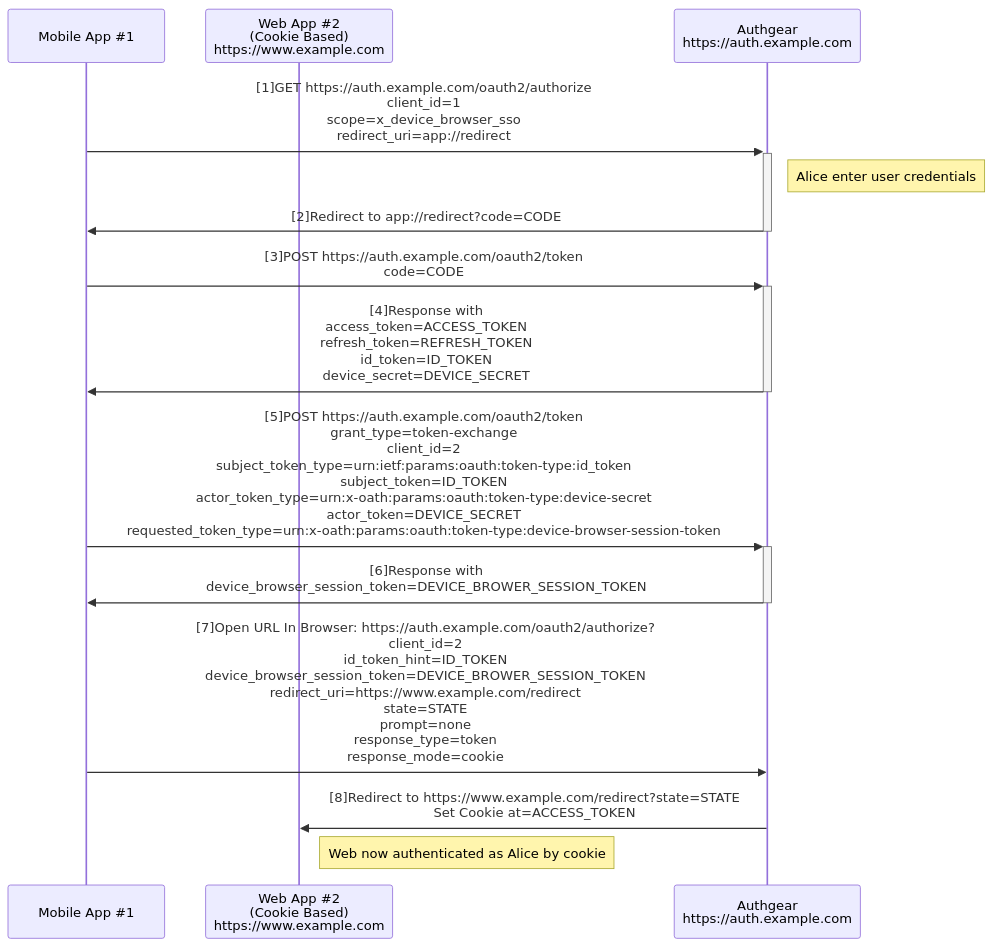
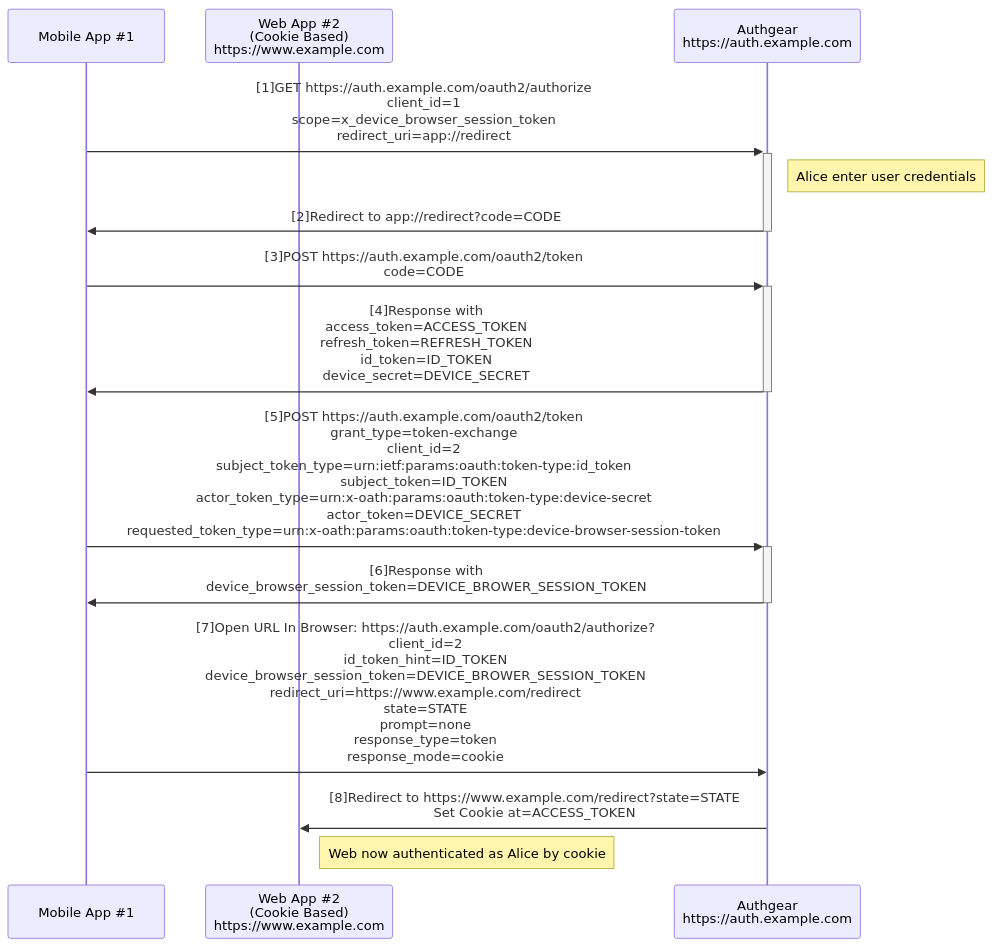
One commit to authgear/authgear-server changed the diagram in docs/specs/app-initiated-sso-to-web.md. Above: the diagram before and after it, drawn with Mermaid. The commit also changed other lines of this file, not shown here.

Commit message:
Refined App-initiated SSO to Web spec

````diff
--- a/docs/specs/app-initiated-sso-to-web.md
+++ b/docs/specs/app-initiated-sso-to-web.md
@@ -24,16 +24,16 @@
 ```mermaid
 sequenceDiagram
     participant app1 as Mobile App #35;1
     participant Web as Web App #35;2 <br/>(Cookie Based)<br/>https://www.example.com
     participant Authgear as Authgear <br/> https://auth.example.com
-    app1->>+Authgear: [1]GET https://auth.example.com/oauth2/authorize<br/>client_id=1<br/>scope=x_device_browser_sso<br/>redirect_uri=app://redirect
+    app1->>+Authgear: [1]GET https://auth.example.com/oauth2/authorize<br/>client_id=1<br/>scope=x_device_browser_session_token<br/>redirect_uri=app://redirect
     Note right of Authgear: Alice enter user credentials
     Authgear->>-app1: [2]Redirect to app://redirect?code=CODE
     app1->>+Authgear: [3]POST https://auth.example.com/oauth2/token<br/>code=CODE
     Authgear->>-app1: [4]Response with<br/>access_token=ACCESS_TOKEN<br/>refresh_token=REFRESH_TOKEN<br/>id_token=ID_TOKEN<br/>device_secret=DEVICE_SECRET
     app1->>+Authgear: [5]POST https://auth.example.com/oauth2/token<br/>grant_type=token-exchange<br/>client_id=2<br/>subject_token_type=urn:ietf:params:oauth:token-type:id_token<br/>subject_token=ID_TOKEN<br/>actor_token_type=urn:x-oath:params:oauth:token-type:device-secret<br/>actor_token=DEVICE_SECRET<br/>requested_token_type=urn:x-oath:params:oauth:token-type:device-browser-session-token
     Authgear->>-app1: [6]Response with<br/>device_browser_session_token=DEVICE_BROWER_SESSION_TOKEN
     app1->>Authgear: [7]Open URL In Browser: https://auth.example.com/oauth2/authorize?<br/>client_id=2<br/>id_token_hint=ID_TOKEN<br/>device_browser_session_token=DEVICE_BROWER_SESSION_TOKEN<br/>redirect_uri=https://www.example.com/redirect<br/>state=STATE<br/>prompt=none<br/>response_type=token<br/>response_mode=cookie
     Authgear->>Web: [8]Redirect to https://www.example.com/redirect?state=STATE<br/>Set Cookie at=ACCESS_TOKEN
     Note right of Web: Web now authenticated as Alice by cookie
 ```
````
